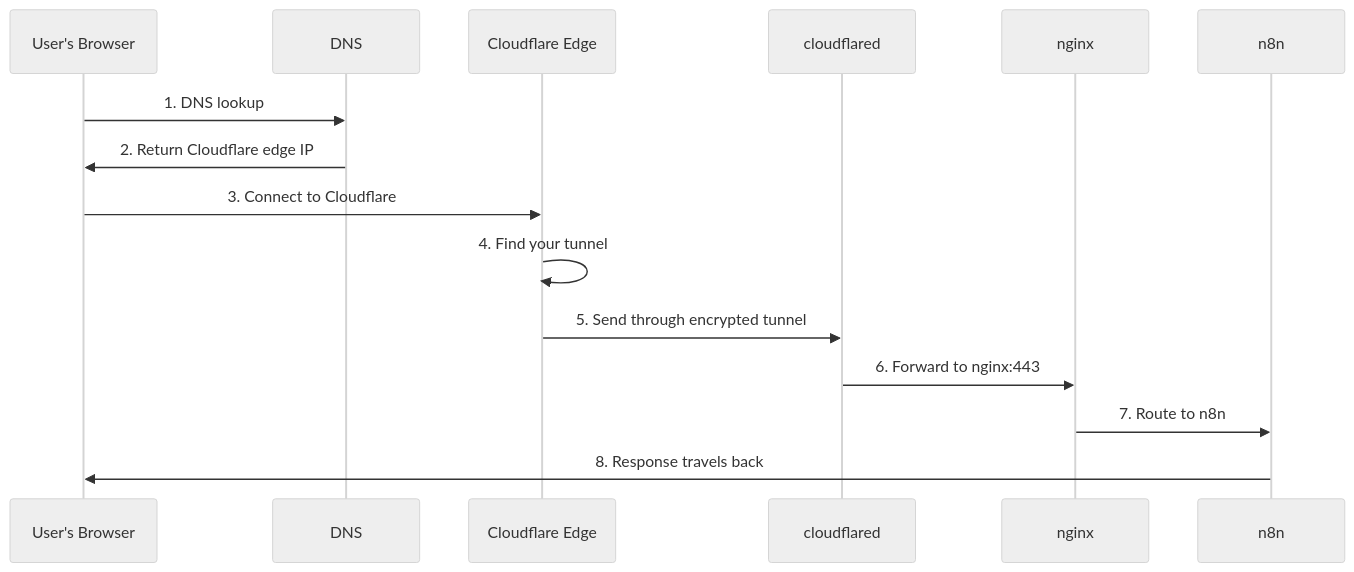
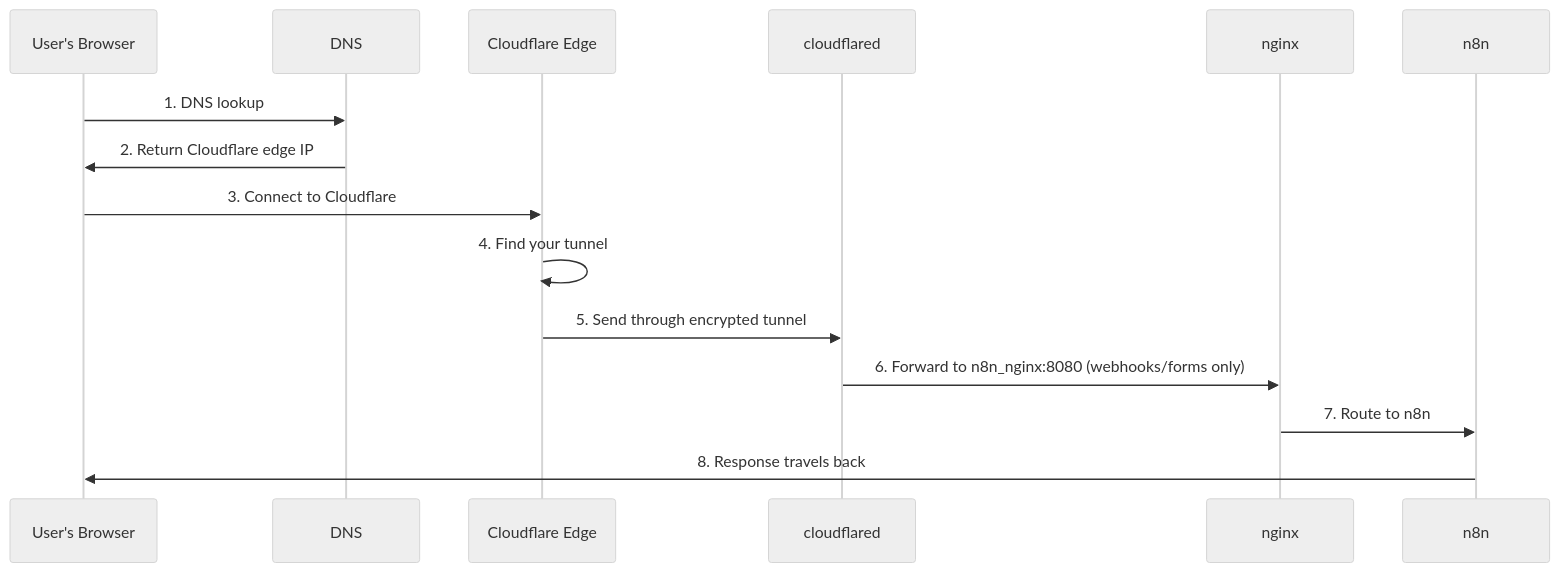
The third of 3 diagrams in docs/CLOUDFLARE.md (rjsears/n8n_nginx), drawn with Mermaid (neutral theme) before and after one commit. The commit also changed other lines of this file and 14 other files, not shown here.

````diff
--- a/docs/CLOUDFLARE.md
+++ b/docs/CLOUDFLARE.md
@@ -386,18 +390,18 @@
 ```mermaid
 sequenceDiagram
     participant Browser as User's Browser
     participant DNS
     participant CF as Cloudflare Edge
     participant CD as cloudflared
     participant Nginx as nginx
     participant N8N as n8n
 
     Browser->>DNS: 1. DNS lookup
     DNS->>Browser: 2. Return Cloudflare edge IP
     Browser->>CF: 3. Connect to Cloudflare
     CF->>CF: 4. Find your tunnel
     CF->>CD: 5. Send through encrypted tunnel
-    CD->>Nginx: 6. Forward to nginx:443
+    CD->>Nginx: 6. Forward to n8n_nginx:8080 (webhooks/forms only)
     Nginx->>N8N: 7. Route to n8n
     N8N->>Browser: 8. Response travels back
 ```
````
